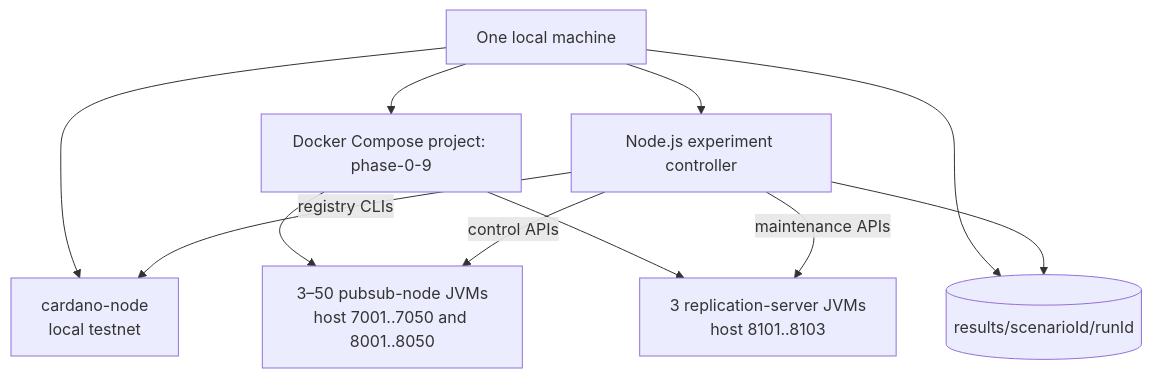
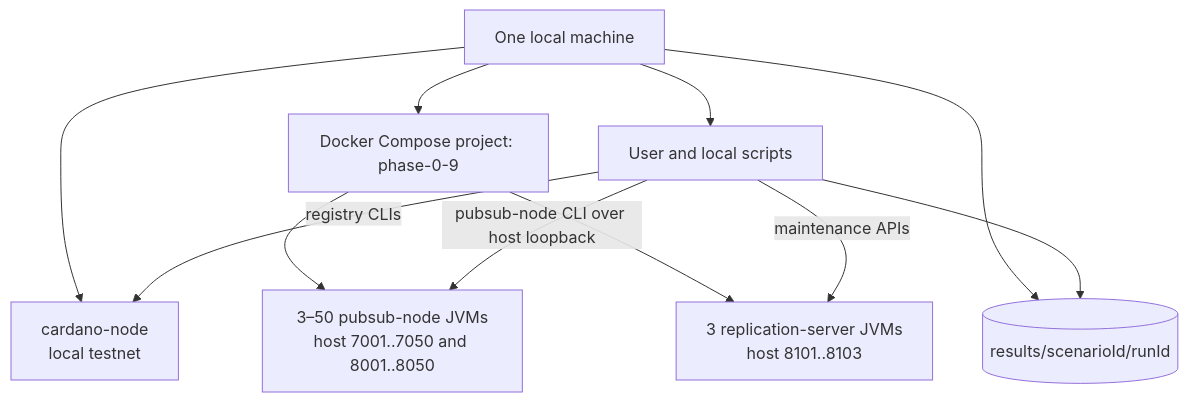
Before and after one commit to AAlexandros/PubSubPrototype: the second of 2 diagrams in docs/architecture/01-overall-system.md, drawn with Mermaid. The commit also changed other lines of this file and 58 other files, not shown here.

Commit message:
Refactoring, having an HTTP running on loopback for local interface

````diff
--- a/docs/architecture/01-overall-system.md
+++ b/docs/architecture/01-overall-system.md
@@ -78,14 +78,14 @@
 ```mermaid
 flowchart TB
   Host[One local machine]
   Host --> Cardano[cardano-node<br/>local testnet]
   Host --> Docker[Docker Compose project: phase-0-9]
   Docker --> Nodes[3–50 pubsub-node JVMs<br/>host 7001..7050 and 8001..8050]
   Docker --> Servers[3 replication-server JVMs<br/>host 8101..8103]
-  Host --> Controller[Node.js experiment controller]
+  Host --> Controller[User and local scripts]
   Host --> Results[(results/scenarioId/runId)]
-  Controller -->|control APIs| Nodes
+  Controller -->|pubsub-node CLI over host loopback| Nodes
   Controller -->|maintenance APIs| Servers
   Controller -->|registry CLIs| Cardano
   Controller --> Results
 ```
````
